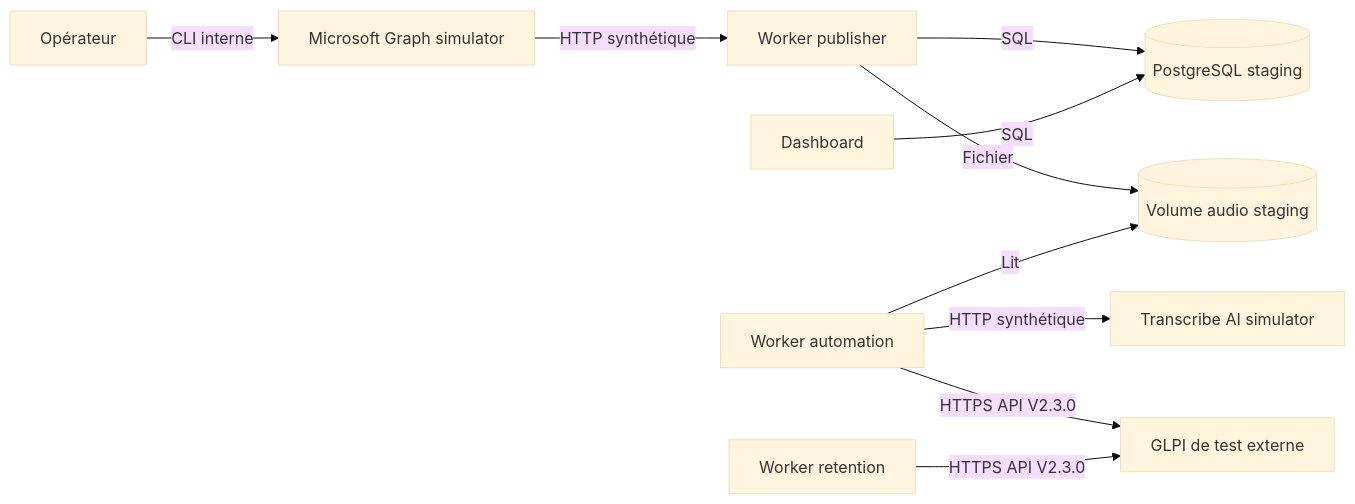
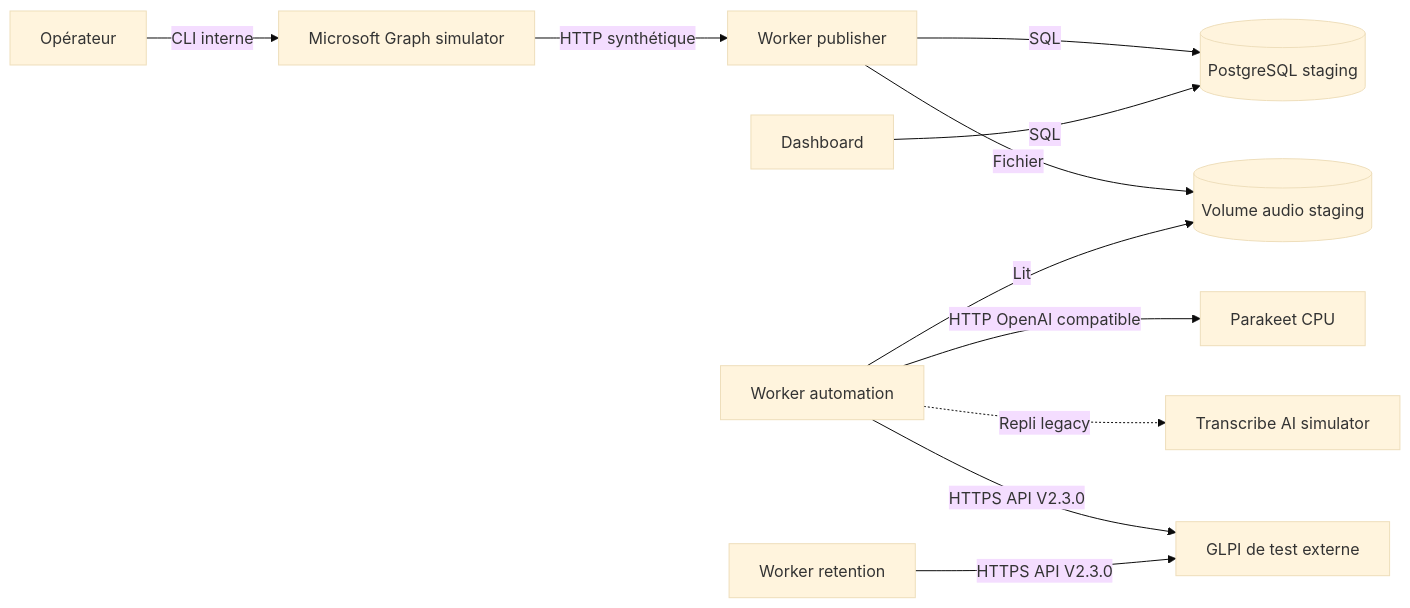
The diagram in docs/staging.md (dev-vauclaire/mevo2glpi), drawn with Mermaid (base theme) before and after one commit. The commit also changed other lines of this file and 67 other files, not shown here.

Commit message:
feat(transcription): add OpenAI-compatible Parakeet stack

````diff
--- a/docs/staging.md
+++ b/docs/staging.md
@@ -10,12 +12,13 @@
 ```mermaid
 flowchart LR
     Operator[Opérateur] -->|CLI interne| Graph[Microsoft Graph simulator]
     Graph -->|HTTP synthétique| Publisher[Worker publisher]
     Publisher -->|SQL| PostgreSQL[(PostgreSQL staging)]
     Publisher -->|Fichier| Audio[(Volume audio staging)]
     Automation[Worker automation] -->|Lit| Audio
-    Automation -->|HTTP synthétique| Transcribe[Transcribe AI simulator]
+    Automation -->|HTTP OpenAI compatible| Parakeet[Parakeet CPU]
+    Automation -.->|Repli legacy| Transcribe[Transcribe AI simulator]
     Automation -->|HTTPS API V2.3.0| GLPI[GLPI de test externe]
     Retention[Worker retention] -->|HTTPS API V2.3.0| GLPI
     Web[Dashboard] -->|SQL| PostgreSQL
 ```
````
